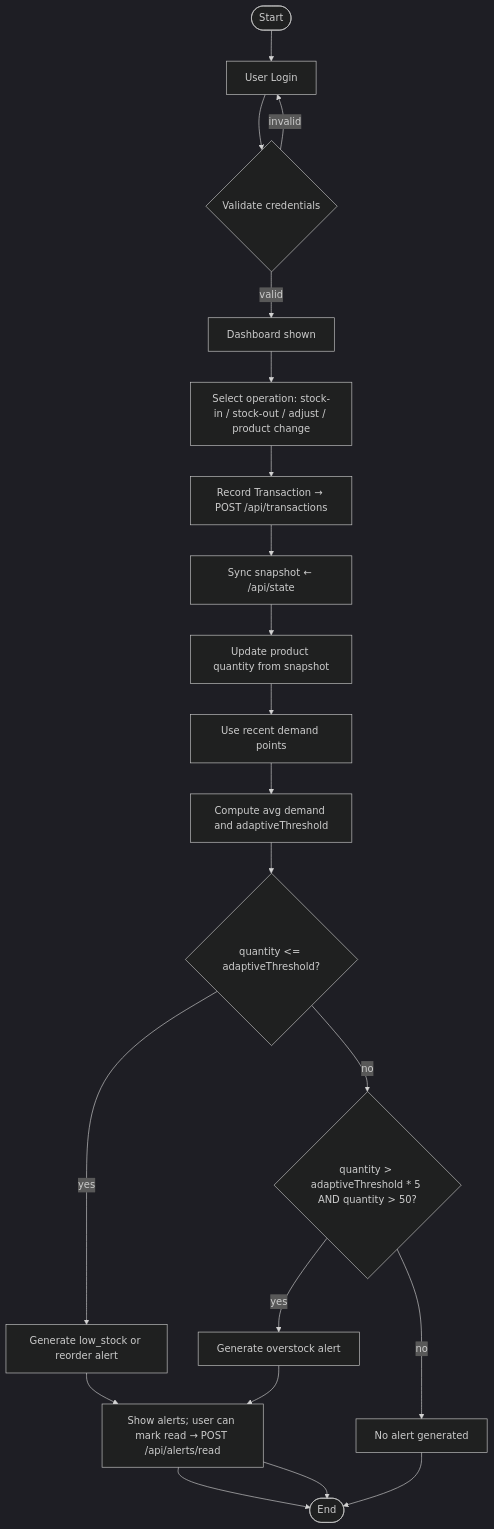
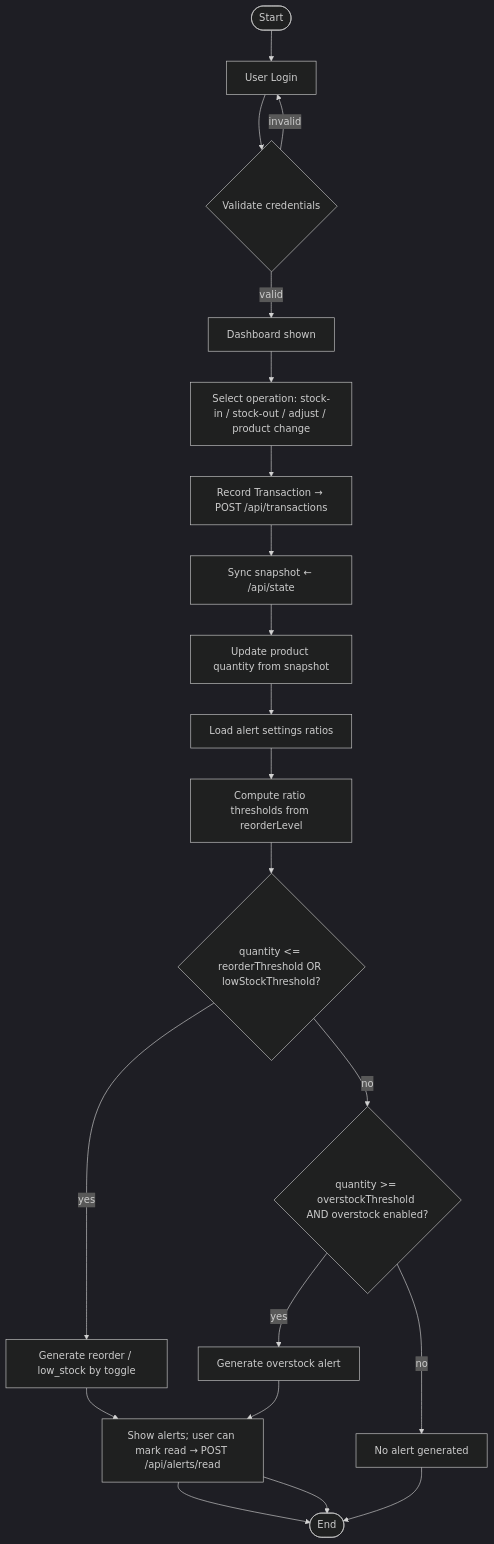
One commit to BroCode-glithch/realtime-stock-manager changed the diagram in docs/system-documentation.md. Above: the diagram before and after it, drawn with Mermaid (dark theme). The commit also changed other lines of this file and 6 other files, not shown here.

````diff
--- a/docs/system-documentation.md
+++ b/docs/system-documentation.md
@@ -113,29 +176,29 @@
 ```mermaid
 flowchart TD
   Start([Start])
   Login[User Login]
   Validate{Validate credentials}
   Dashboard[Dashboard shown]
   SelectOp[Select operation: stock-in / stock-out / adjust / product change]
   RecordTx[Record Transaction → POST /api/transactions]
   Sync[Sync snapshot ← /api/state]
   UpdateStock[Update product quantity from snapshot]
-  Demand[Use recent demand points]
-  Compute[Compute avg demand and adaptiveThreshold]
-  Compare{quantity <= adaptiveThreshold?}
-  LowAlert[Generate low_stock or reorder alert]
-  OverstockCond{quantity > adaptiveThreshold * 5 AND quantity > 50?}
+    Demand[Load alert settings ratios]
+    Compute[Compute ratio thresholds from reorderLevel]
+    Compare{quantity <= reorderThreshold OR lowStockThreshold?}
+    LowAlert[Generate reorder / low_stock by toggle]
+    OverstockCond{quantity >= overstockThreshold AND overstock enabled?}
   Overstock[Generate overstock alert]
   NoAlert[No alert generated]
   Alerts[Show alerts; user can mark read → POST /api/alerts/read]
   End([End])
 
   Start --> Login --> Validate
   Validate -- invalid --> Login
   Validate -- valid --> Dashboard
   Dashboard --> SelectOp --> RecordTx --> Sync --> UpdateStock --> Demand --> Compute --> Compare
   Compare -- yes --> LowAlert --> Alerts --> End
   Compare -- no --> OverstockCond
   OverstockCond -- yes --> Overstock --> Alerts --> End
   OverstockCond -- no --> NoAlert --> End
 ```
````
